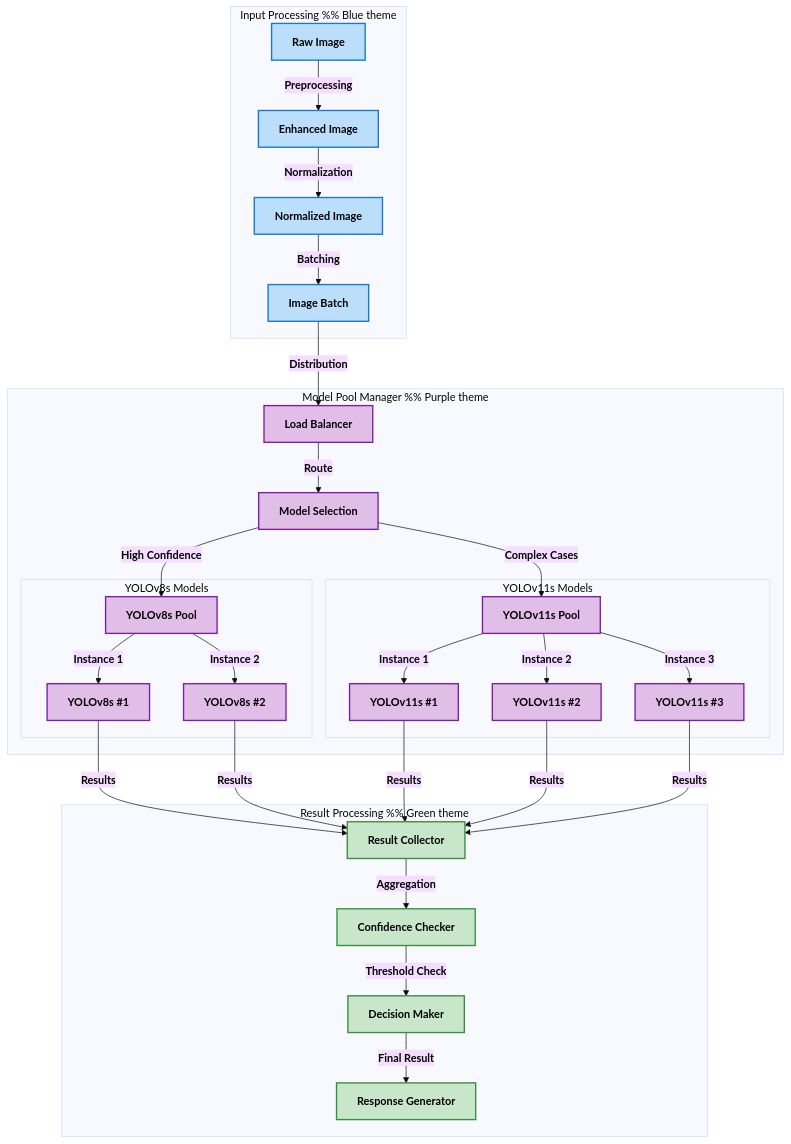
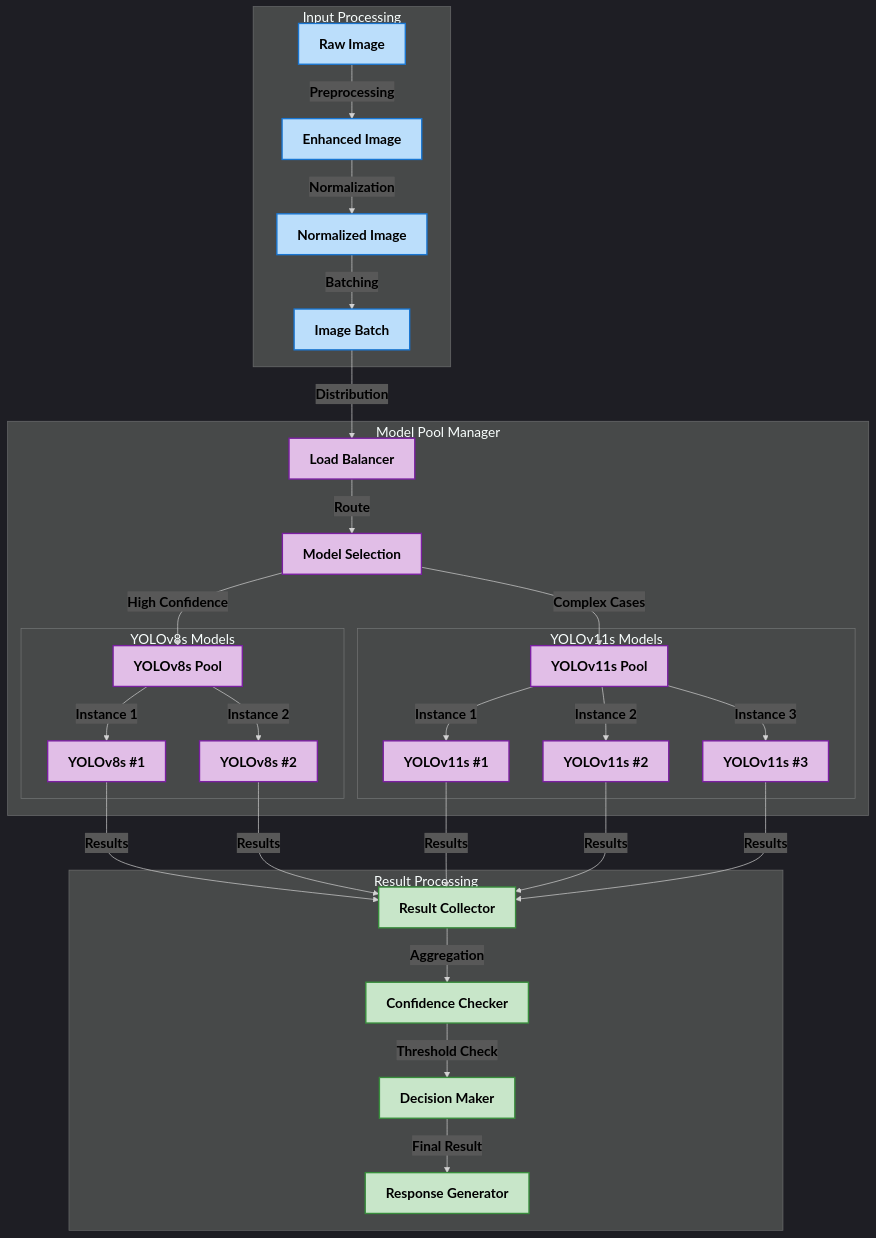
One commit to Dhruv0306/SymphonyProject1 changed the third of 5 diagrams in README.md. Above: the diagram before and after it, drawn with Mermaid. The commit also changed other lines of this file, not shown here.

````diff
--- a/README.md
+++ b/README.md
@@ -145,55 +145,55 @@
 ```mermaid
-%%{init: {'theme': 'base', 'themeVariables': { 'fontFamily': 'arial', 'fontSize': '16px'}}}%%
+%%{init: {'theme': 'dark', 'themeVariables': { 'fontFamily': 'arial', 'fontSize': '20px'}}}%%
 graph TD
-    subgraph "Input Processing" %% Blue theme
+    subgraph "Input Processing" 
         style A fill:#bbdefb,stroke:#1976d2,stroke-width:2px,color:#000000,font-weight:bold
         style B fill:#bbdefb,stroke:#1976d2,stroke-width:2px,color:#000000,font-weight:bold
         style C fill:#bbdefb,stroke:#1976d2,stroke-width:2px,color:#000000,font-weight:bold
         style D fill:#bbdefb,stroke:#1976d2,stroke-width:2px,color:#000000,font-weight:bold
         A[Raw Image] -->|Preprocessing| B[Enhanced Image]
         B -->|Normalization| C[Normalized Image]
         C -->|Batching| D[Image Batch]
     end
 
-    subgraph "Model Pool Manager" %% Purple theme
+    subgraph "Model Pool Manager" 
         style E fill:#e1bee7,stroke:#7b1fa2,stroke-width:2px,color:#000000,font-weight:bold
         style F fill:#e1bee7,stroke:#7b1fa2,stroke-width:2px,color:#000000,font-weight:bold
         style G fill:#e1bee7,stroke:#7b1fa2,stroke-width:2px,color:#000000,font-weight:bold
         style H fill:#e1bee7,stroke:#7b1fa2,stroke-width:2px,color:#000000,font-weight:bold
         style I1 fill:#e1bee7,stroke:#7b1fa2,stroke-width:2px,color:#000000,font-weight:bold
         style I2 fill:#e1bee7,stroke:#7b1fa2,stroke-width:2px,color:#000000,font-weight:bold
         style J1 fill:#e1bee7,stroke:#7b1fa2,stroke-width:2px,color:#000000,font-weight:bold
         style J2 fill:#e1bee7,stroke:#7b1fa2,stroke-width:2px,color:#000000,font-weight:bold
         style J3 fill:#e1bee7,stroke:#7b1fa2,stroke-width:2px,color:#000000,font-weight:bold
         D -->|Distribution| E[Load Balancer]
         E -->|Route| F[Model Selection]
         
         F -->|High Confidence| G[YOLOv8s Pool]
         F -->|Complex Cases| H[YOLOv11s Pool]
         
         subgraph "YOLOv8s Models"
             G -->|Instance 1| I1[YOLOv8s #1]
             G -->|Instance 2| I2[YOLOv8s #2]
         end
         
         subgraph "YOLOv11s Models"
             H -->|Instance 1| J1[YOLOv11s #1]
             H -->|Instance 2| J2[YOLOv11s #2]
             H -->|Instance 3| J3[YOLOv11s #3]
         end
     end
 
-    subgraph "Result Processing" %% Green theme
+    subgraph "Result Processing" 
         style K fill:#c8e6c9,stroke:#388e3c,stroke-width:2px,color:#000000,font-weight:bold
         style L fill:#c8e6c9,stroke:#388e3c,stroke-width:2px,color:#000000,font-weight:bold
         style M fill:#c8e6c9,stroke:#388e3c,stroke-width:2px,color:#000000,font-weight:bold
         style N fill:#c8e6c9,stroke:#388e3c,stroke-width:2px,color:#000000,font-weight:bold
         I1 & I2 & J1 & J2 & J3 -->|Results| K[Result Collector]
         K -->|Aggregation| L[Confidence Checker]
         L -->|Threshold Check| M[Decision Maker]
         M -->|Final Result| N[Response Generator]
     end
 
     %% Style all edge labels
     linkStyle default color:#000000,font-weight:bold
 ```
````
